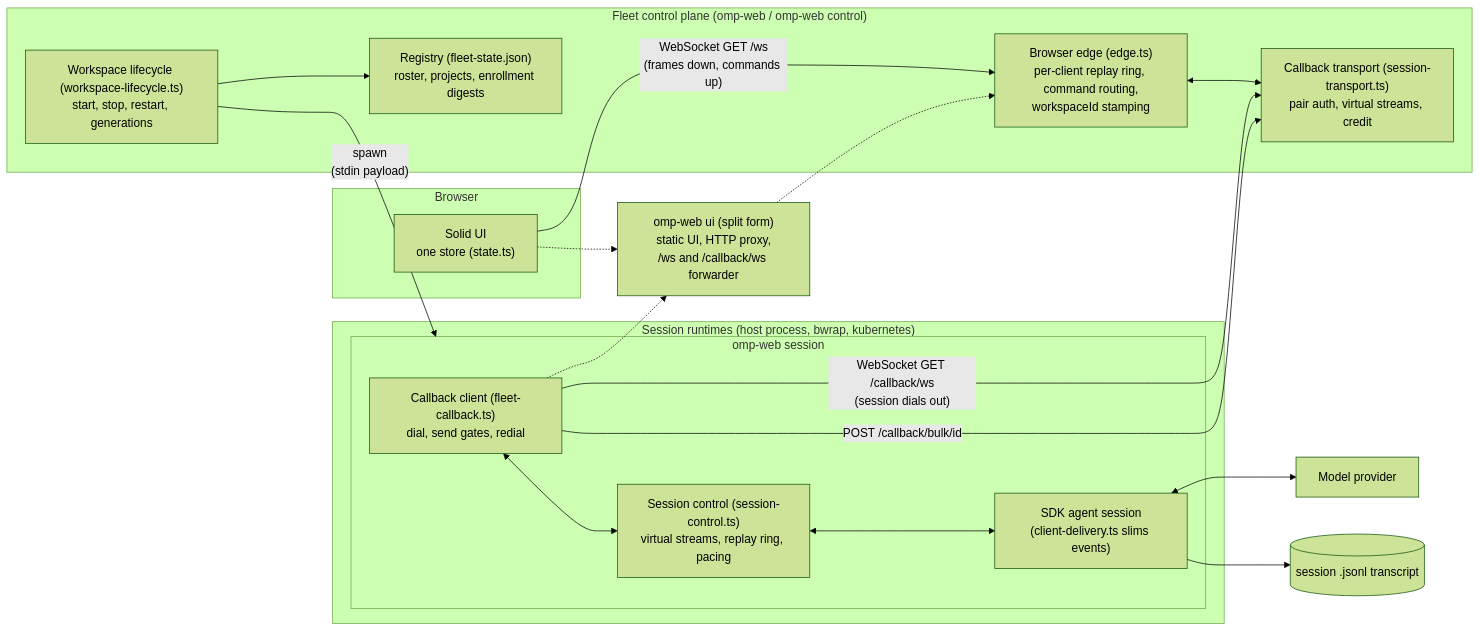
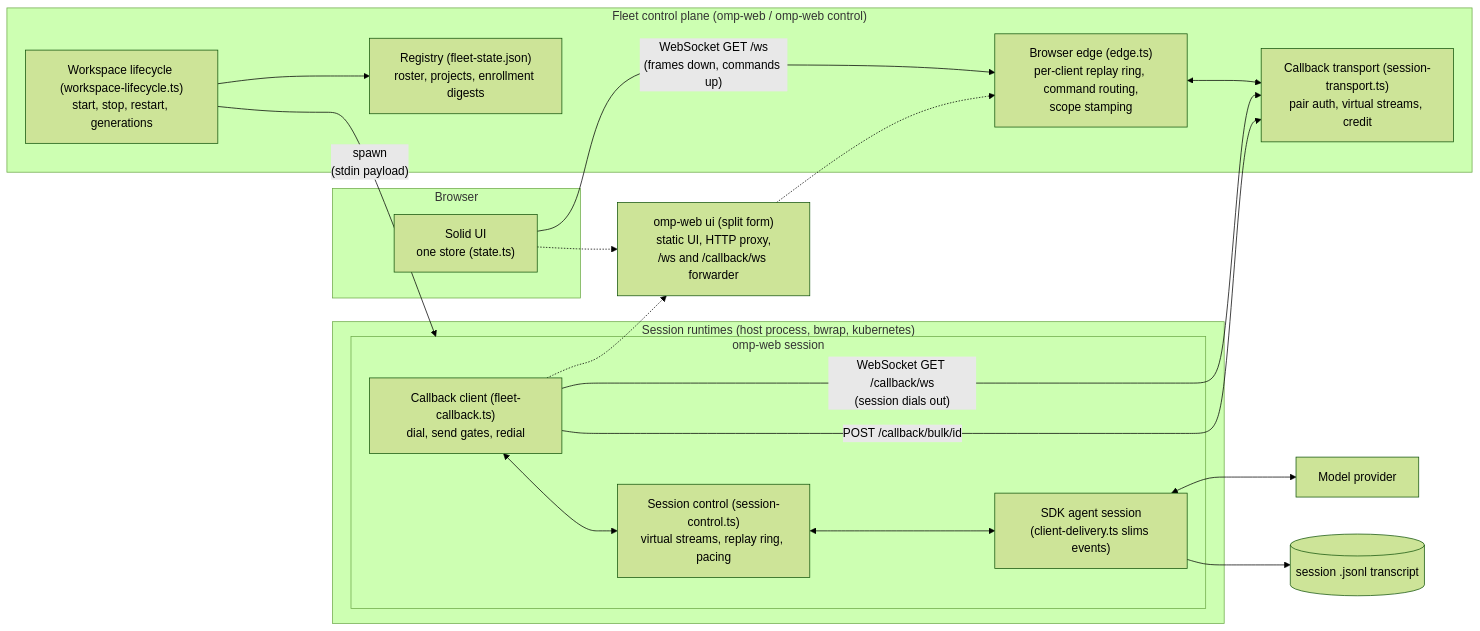
One commit to nibblebot/omp-web changed the first of 2 diagrams in docs/architecture.md. Above: the diagram before and after it, drawn with Mermaid (forest theme). The commit also changed other lines of this file and 20 other files, not shown here.

First line of the commit message:
refactor(wire): the edge's attachment stamp is `scope`, not `workspaceId` (h1p5)

````diff
--- a/docs/architecture.md
+++ b/docs/architecture.md
@@ -14,40 +14,40 @@
 ```mermaid
 flowchart LR
   subgraph client["Browser"]
     ui["Solid UI<br/>one store (state.ts)"]
   end
 
   subgraph cp["Fleet control plane (omp-web / omp-web control)"]
-    edge["Browser edge (edge.ts)<br/>per-client replay ring, command routing,<br/>workspaceId stamping"]
+    edge["Browser edge (edge.ts)<br/>per-client replay ring, command routing,<br/>scope stamping"]
     transport["Callback transport (session-transport.ts)<br/>pair auth, virtual streams, credit"]
     lifecycle["Workspace lifecycle (workspace-lifecycle.ts)<br/>start, stop, restart, generations"]
     registry["Registry (fleet-state.json)<br/>roster, projects, enrollment digests"]
   end
 
   uiproc["omp-web ui (split form)<br/>static UI, HTTP proxy,<br/>/ws and /callback/ws forwarder"]
 
   subgraph runtimes["Session runtimes (host process, bwrap, kubernetes)"]
     subgraph sess["omp-web session"]
       cb["Callback client (fleet-callback.ts)<br/>dial, send gates, redial"]
       dc["Session control (session-control.ts)<br/>virtual streams, replay ring, pacing"]
       sdk["SDK agent session<br/>(client-delivery.ts slims events)"]
     end
   end
 
   model["Model provider"]
   jsonl[("session .jsonl transcript")]
 
   ui -- "WebSocket GET /ws<br/>(frames down, commands up)" --> edge
   ui -.-> uiproc
   uiproc -.-> edge
   edge <--> transport
   lifecycle --> registry
   lifecycle -- "spawn<br/>(stdin payload)" --> sess
   cb -- "WebSocket GET /callback/ws<br/>(session dials out)" --> transport
   cb -- "POST /callback/bulk/id" --> transport
   cb -.-> uiproc
   cb <--> dc
   dc <--> sdk
   sdk <--> model
   sdk --> jsonl
 ```
````
